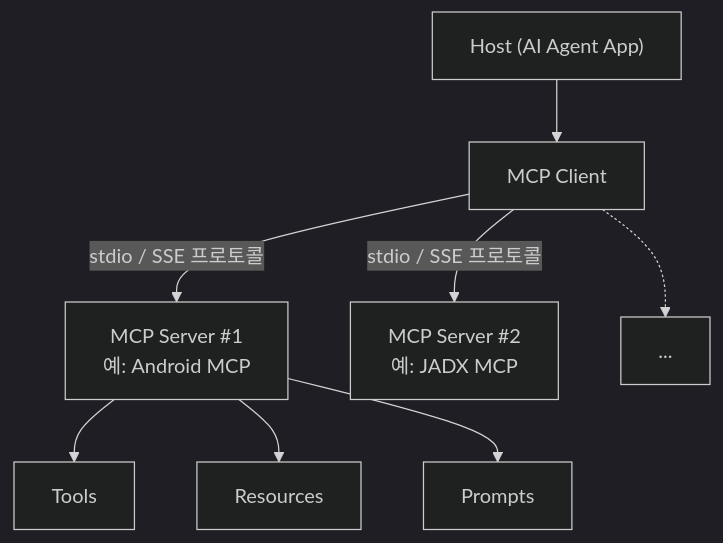
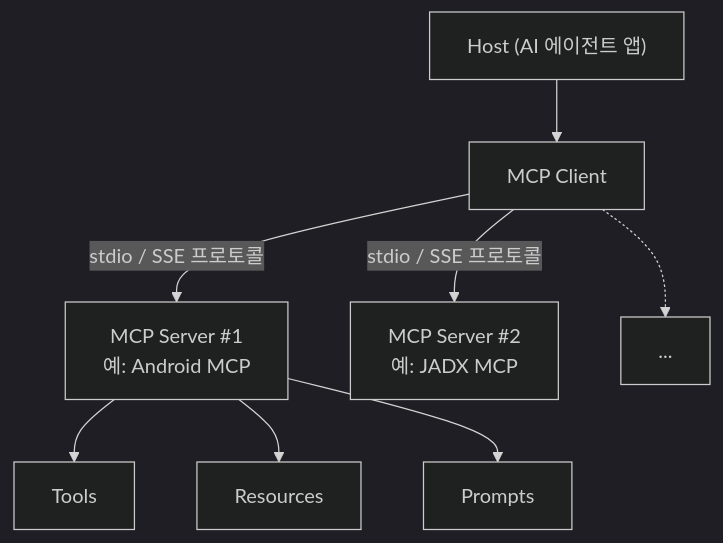
The third of 9 diagrams in docs/mobile-audit-mcp-origin/source.md (koalav/present-anyything), drawn with Mermaid (dark theme) before and after one commit. The commit also changed other lines of this file and 26 other files, not shown here.

````diff
--- a/docs/mobile-audit-mcp-origin/source.md
+++ b/docs/mobile-audit-mcp-origin/source.md
@@ -125,19 +125,19 @@
 ```mermaid
 flowchart TB
-    H["Host (AI Agent App)"]
+    H["Host (AI 에이전트 앱)"]
     C[MCP Client]
     S1["MCP Server #1<br>예: Android MCP"]
     S2["MCP Server #2<br>예: JADX MCP"]
     S3["..."]
     T[Tools]
     R[Resources]
     P[Prompts]
 
     H --> C
     C -->|"stdio / SSE 프로토콜"| S1
     C -->|"stdio / SSE 프로토콜"| S2
     C -.-> S3
     S1 --> T
     S1 --> R
     S1 --> P
 ```
````
